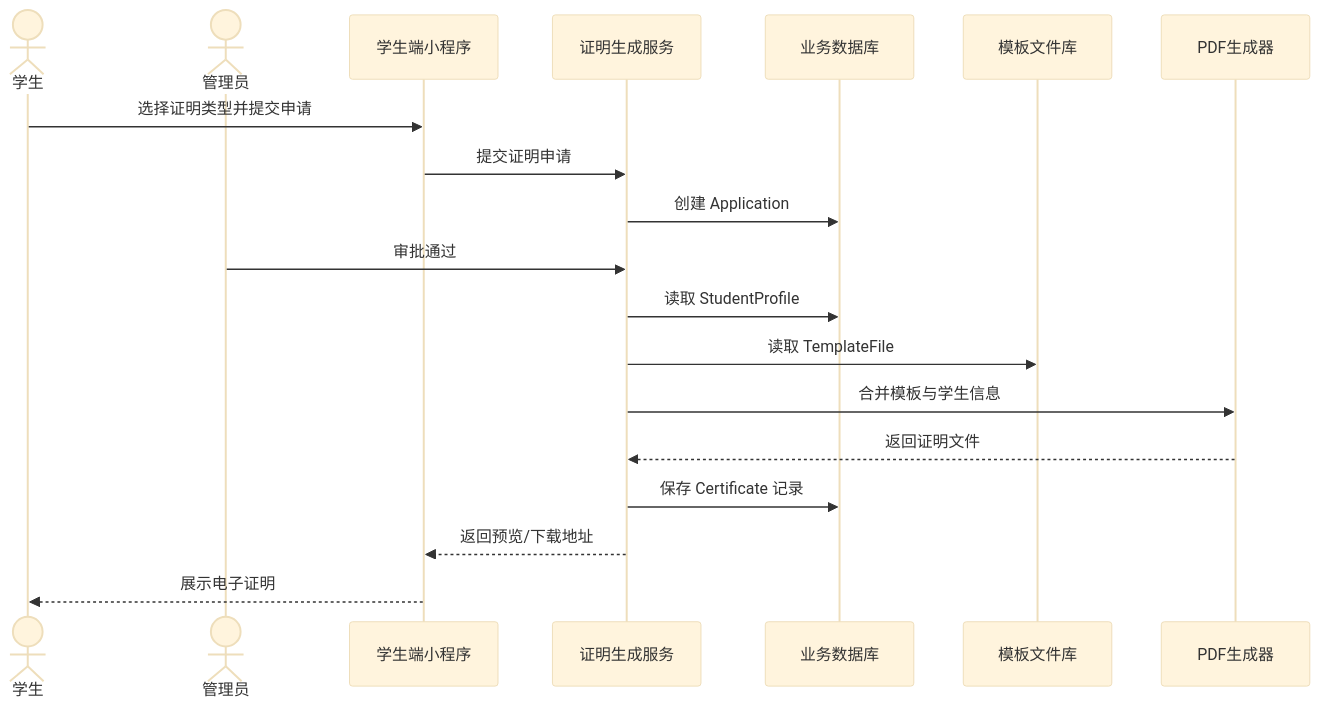
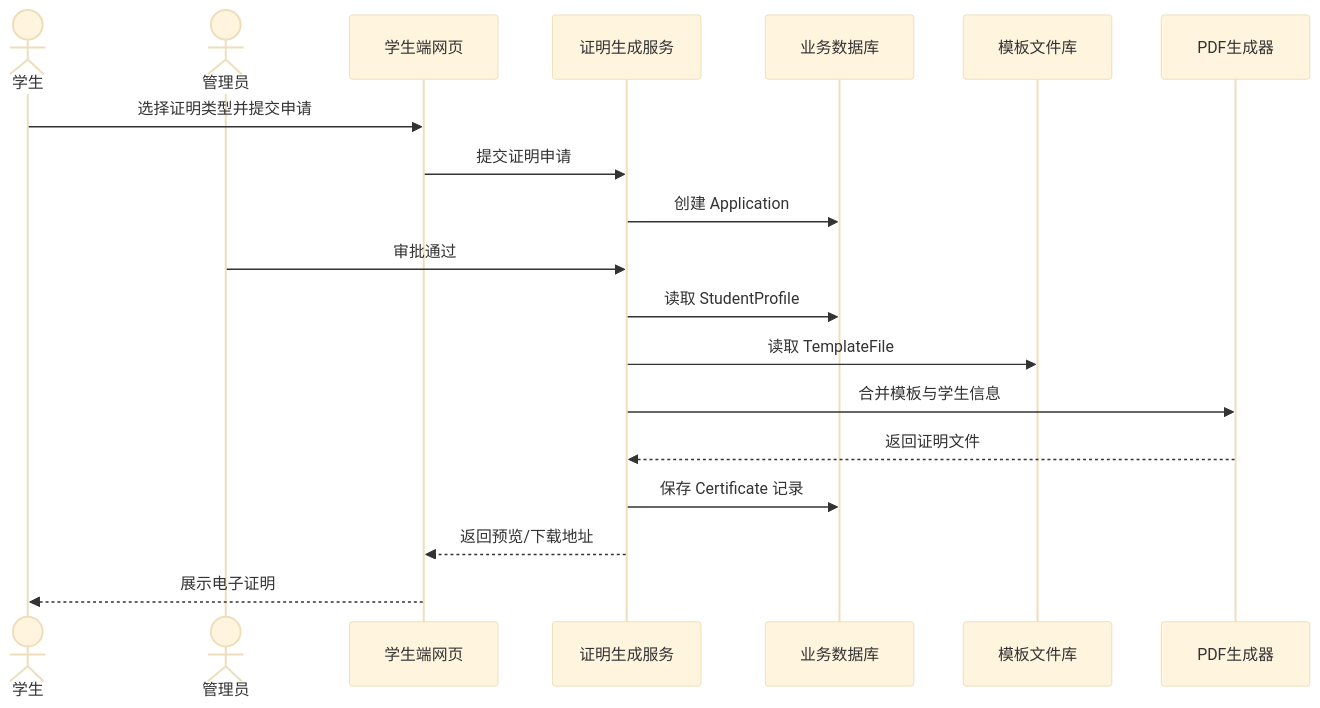
Before and after one commit to gabriellaXL/Software-engineer-team: the fourth of 6 diagrams in uml-analysis-model.md, drawn with Mermaid (base theme). The commit also changed other lines of this file and 16 other files, not shown here.

````diff
--- a/uml-analysis-model.md
+++ b/uml-analysis-model.md
@@ -123,22 +123,22 @@
 ```mermaid
 sequenceDiagram
     actor Student as 学生
     actor Admin as 管理员
-    participant MiniApp as 学生端小程序
+    participant StudentWeb as 学生端网页
     participant CertService as 证明生成服务
     participant DB as 业务数据库
     participant Template as 模板文件库
     participant Generator as PDF生成器
 
-    Student->>MiniApp: 选择证明类型并提交申请
-    MiniApp->>CertService: 提交证明申请
+    Student->>StudentWeb: 选择证明类型并提交申请
+    StudentWeb->>CertService: 提交证明申请
     CertService->>DB: 创建 Application
     Admin->>CertService: 审批通过
     CertService->>DB: 读取 StudentProfile
     CertService->>Template: 读取 TemplateFile
     CertService->>Generator: 合并模板与学生信息
     Generator-->>CertService: 返回证明文件
     CertService->>DB: 保存 Certificate 记录
-    CertService-->>MiniApp: 返回预览/下载地址
-    MiniApp-->>Student: 展示电子证明
+    CertService-->>StudentWeb: 返回预览/下载地址
+    StudentWeb-->>Student: 展示电子证明
 ```
````
